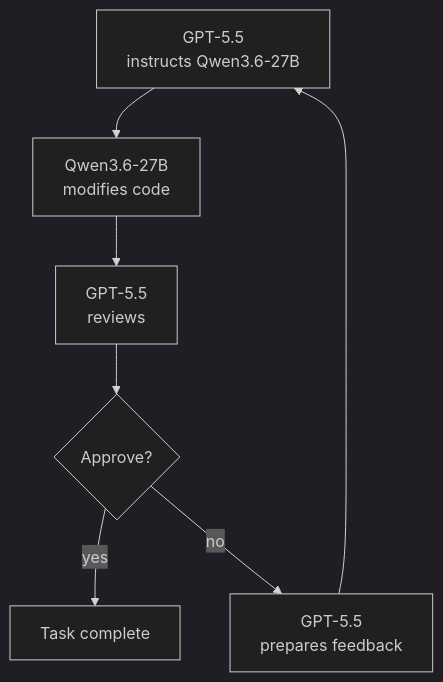
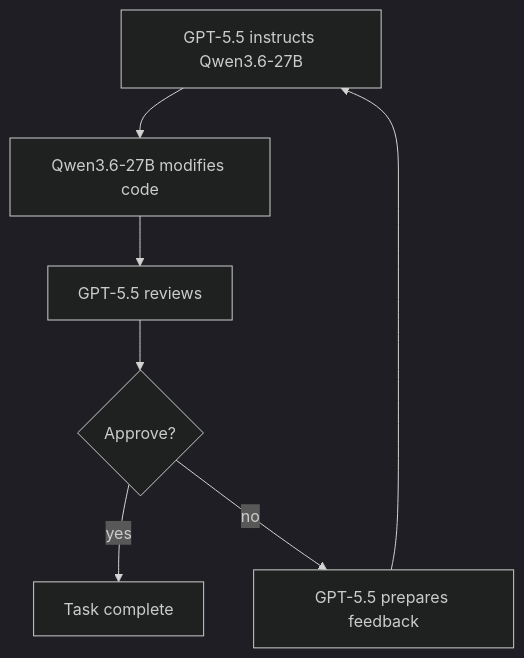
Before and after one commit to rndhouse/mixmod: the diagram in README.md, drawn with Mermaid (dark theme).

Commit message:
Fix README Mermaid rendering on GitHub
Use quoted single-line Mermaid node labels so GitHub's renderer can parse the project flowchart consistently.

````diff
--- a/README.md
+++ b/README.md
@@ -15,17 +15,13 @@
 ```mermaid
 flowchart TD
-    B[GPT-5.5
-    instructs Qwen3.6-27B]
-    C[Qwen3.6-27B
-    modifies code]
-    D[GPT-5.5
-    reviews]
+    B["GPT-5.5 instructs Qwen3.6-27B"]
+    C["Qwen3.6-27B modifies code"]
+    D["GPT-5.5 reviews"]
     E{Approve?}
-    F[Task complete]
-    G[GPT-5.5
-    prepares feedback]
+    F["Task complete"]
+    G["GPT-5.5 prepares feedback"]
 
     B --> C --> D --> E
     E -->|yes| F
     E -->|no| G --> B
 ```
````
